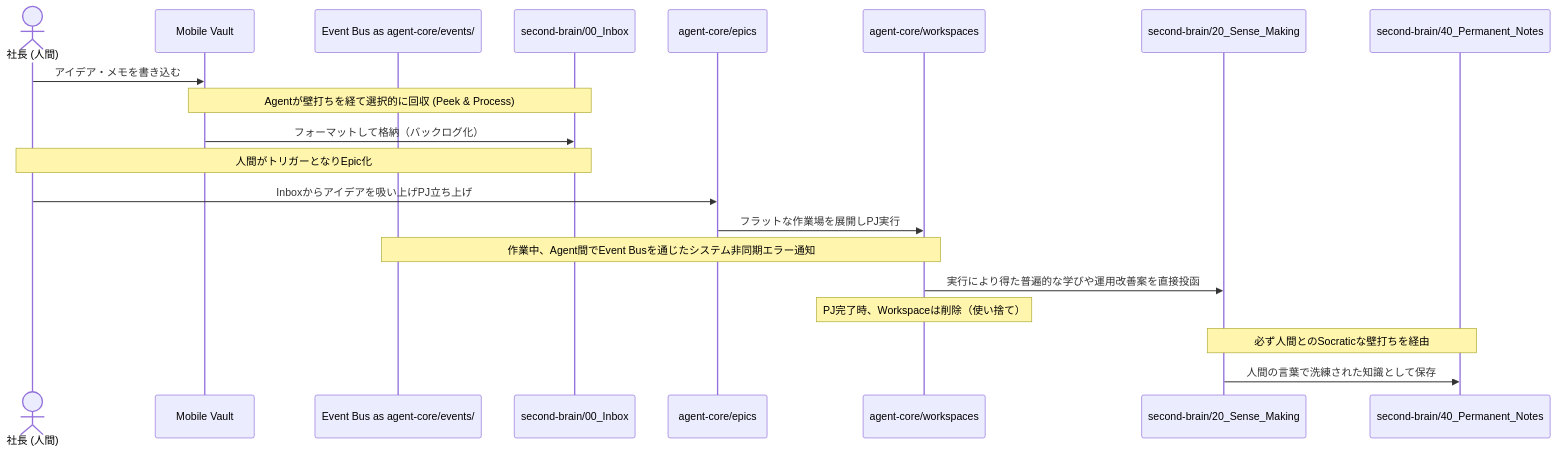
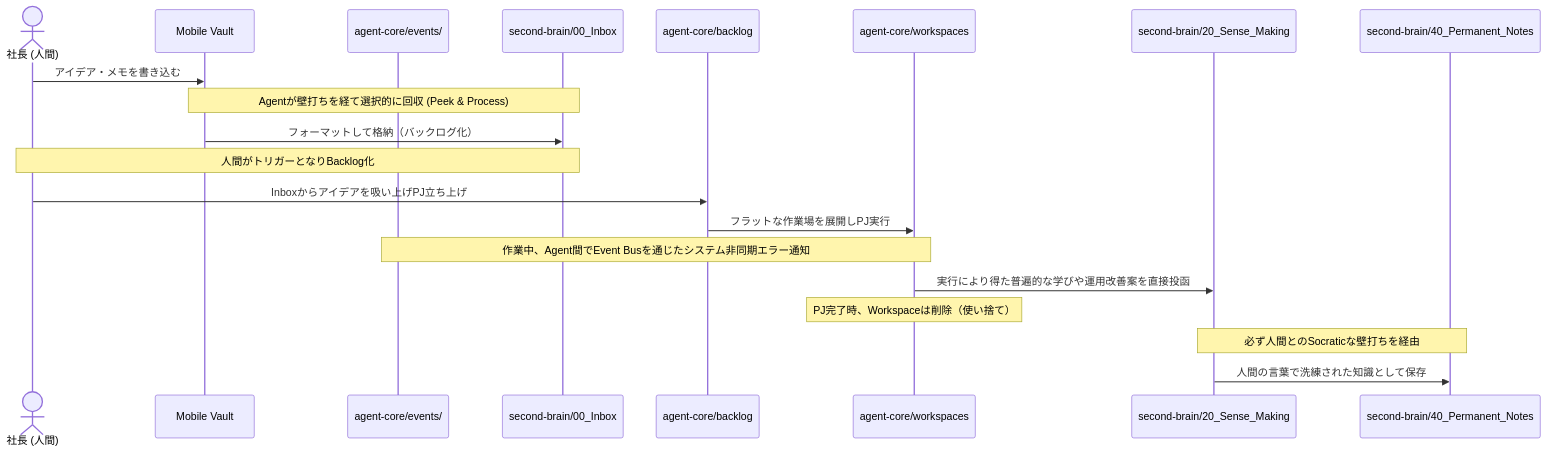
Before and after one commit to shoheiHasegawa/agent-core: the first of 2 diagrams in docs/architecture/data_flow.md, drawn with Mermaid. The commit also changed other lines of this file and 7 other files, not shown here.

````diff
--- a/docs/architecture/data_flow.md
+++ b/docs/architecture/data_flow.md
@@ -10,30 +10,30 @@
 ```mermaid
 sequenceDiagram
     actor User as 社長 (人間)
     participant Mobile as Mobile Vault
-    participant Queue as Event Bus as agent-core/events/
+    participant EventBus as agent-core/events/
     participant Inbox as second-brain/00_Inbox
-    participant Epic as agent-core/epics
+    participant Backlog as agent-core/backlog
     participant Workspace as agent-core/workspaces
     participant SenseMaking as second-brain/20_Sense_Making
     participant PermNotes as second-brain/40_Permanent_Notes
     
     %% フェーズ1: 投入と整形
     User->>Mobile: アイデア・メモを書き込む
     note over Mobile,Inbox: Agentが壁打ちを経て選択的に回収 (Peek & Process)
     Mobile->>Inbox: フォーマットして格納（バックログ化）
     
     %% フェーズ2: プロジェクト実行
-    note over User,Inbox: 人間がトリガーとなりEpic化
-    User->>Epic: Inboxからアイデアを吸い上げPJ立ち上げ
-    Epic->>Workspace: フラットな作業場を展開しPJ実行
-    note over Workspace,Queue: 作業中、Agent間でEvent Busを通じたシステム非同期エラー通知
+    note over User,Inbox: 人間がトリガーとなりBacklog化
+    User->>Backlog: Inboxからアイデアを吸い上げPJ立ち上げ
+    Backlog->>Workspace: フラットな作業場を展開しPJ実行
+    note over Workspace,EventBus: 作業中、Agent間でEvent Busを通じたシステム非同期エラー通知
     
     %% フェーズ3: 学びと改善の抽出 (Continuous Harvesting)
     Workspace->>SenseMaking: 実行により得た普遍的な学びや運用改善案を直接投函
     note over Workspace: PJ完了時、Workspaceは削除（使い捨て）
     
     %% フェーズ4: 知識の永続化
     note over SenseMaking,PermNotes: 必ず人間とのSocraticな壁打ちを経由
     SenseMaking->>PermNotes: 人間の言葉で洗練された知識として保存
 ```
````
